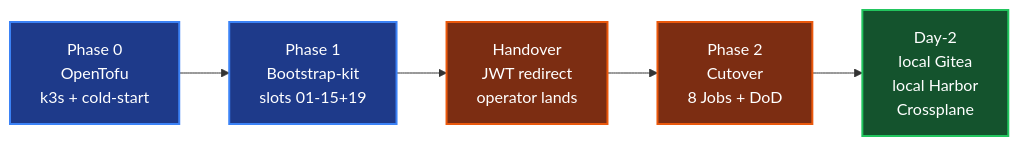
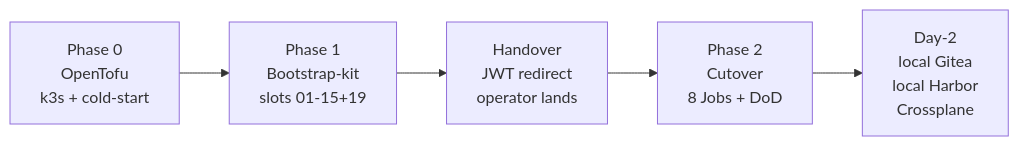
One commit to openova-io/openova changed the first of 2 diagrams in docs/ARCHITECTURE.md. Above: the diagram before and after it, drawn with Mermaid. The commit also changed other lines of this file, not shown here.

First line of the commit message:
docs(arch): consolidate ARCHITECTURE + PLATFORM-TECH-STACK + NAMING + EPICS-1-6 + BOOTSTRAP-KIT-EXPANSION → docs/ARCHITECTURE.md (lean doc strategy)

````diff
--- a/docs/ARCHITECTURE.md
+++ b/docs/ARCHITECTURE.md
@@ -506,14 +502,7 @@
 ```mermaid
 flowchart LR
   P0[Phase 0<br/>OpenTofu<br/>k3s + cold-start] --> P1[Phase 1<br/>Bootstrap-kit<br/>slots 01-15+19]
   P1 --> H[Handover<br/>JWT redirect<br/>operator lands]
   H --> P2[Phase 2<br/>Cutover<br/>8 Jobs + DoD]
   P2 --> D2[Day-2<br/>local Gitea<br/>local Harbor<br/>Crossplane]
-
-  classDef phase fill:#1e3a8a,stroke:#3b82f6,color:#fff,stroke-width:2px;
-  classDef seam fill:#7c2d12,stroke:#ea580c,color:#fff,stroke-width:2px;
-  classDef ops fill:#14532d,stroke:#22c55e,color:#fff,stroke-width:2px;
-  class P0,P1 phase;
-  class H,P2 seam;
-  class D2 ops;
 ```
````
